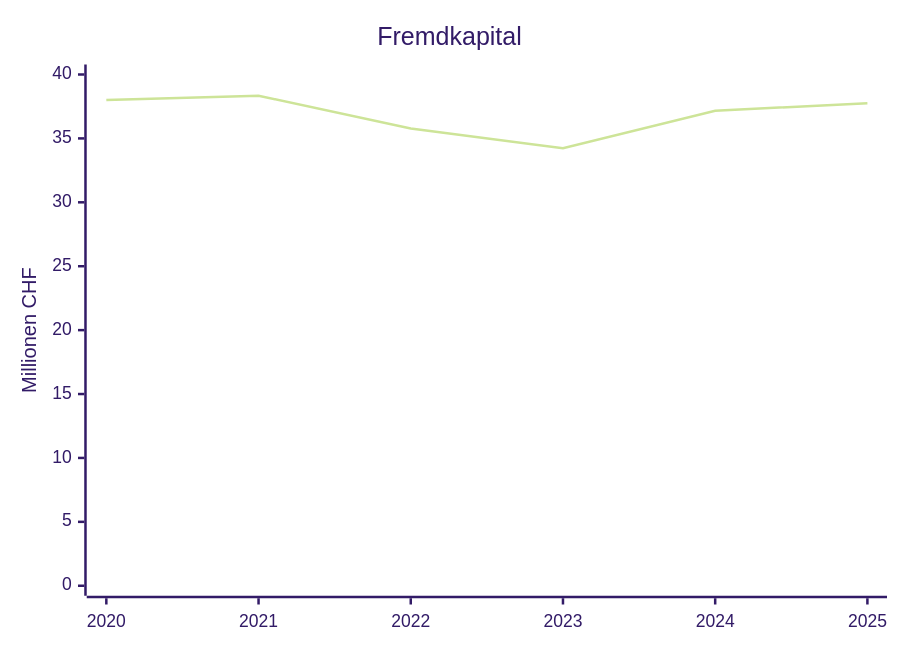
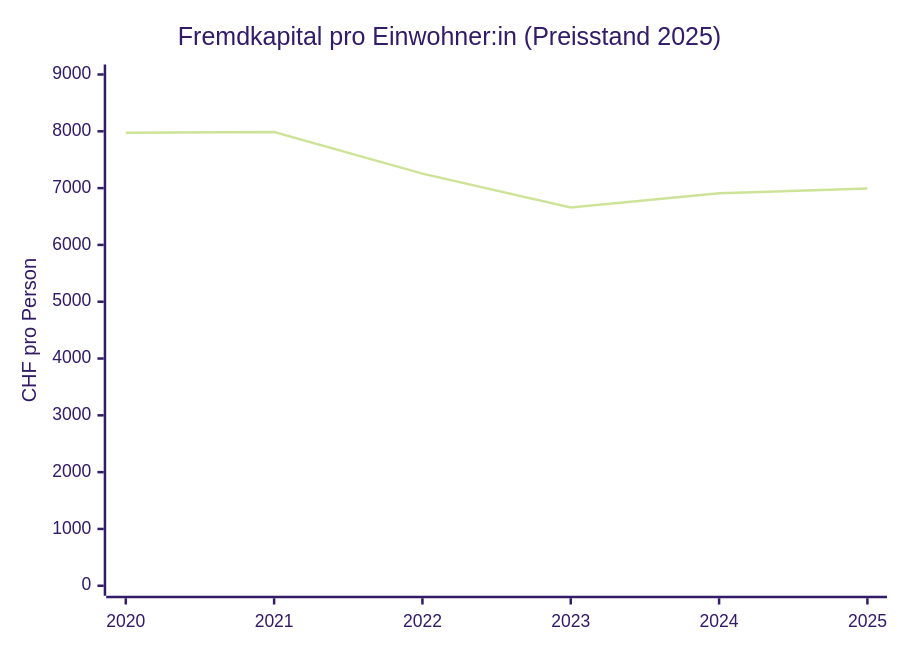
One commit to risajef/risajef.github.io changed the fourth of 14 diagrams in docs/politik/finanzen-beringen.de.md. Above: the diagram before and after it, drawn with Mermaid (forest theme). The commit also changed other lines of this file and 1 other file, not shown here.

````diff
--- a/docs/politik/finanzen-beringen.de.md
+++ b/docs/politik/finanzen-beringen.de.md
@@ -64,7 +89,7 @@
 ```mermaid
 xychart
-title "Fremdkapital"
+title "Fremdkapital pro Einwohner:in (Preisstand 2025)"
 x-axis [2020, 2021, 2022, 2023, 2024, 2025]
-y-axis "Millionen CHF" 0 --> 40
-line [38.010, 38.342, 35.781, 34.232, 37.158, 37.756]
+y-axis "CHF pro Person" 0 --> 9000
+line [7974, 7986, 7255, 6659, 6909, 6993]
 ```
````
